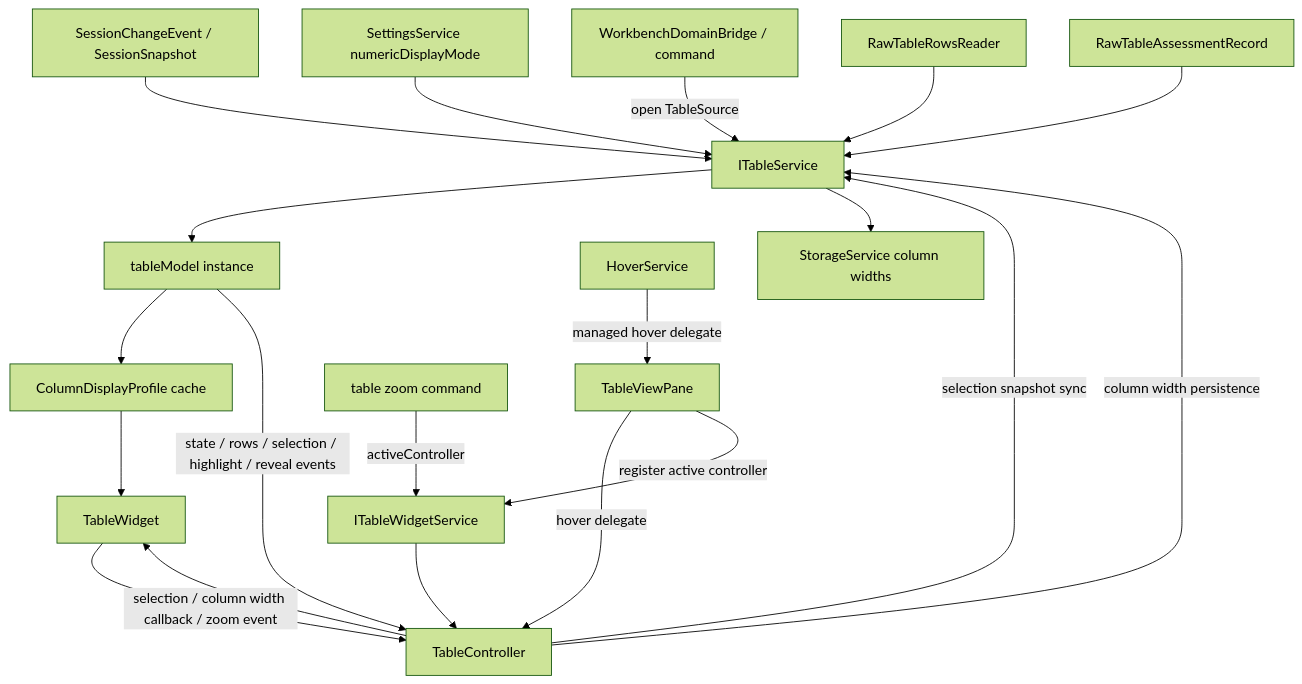
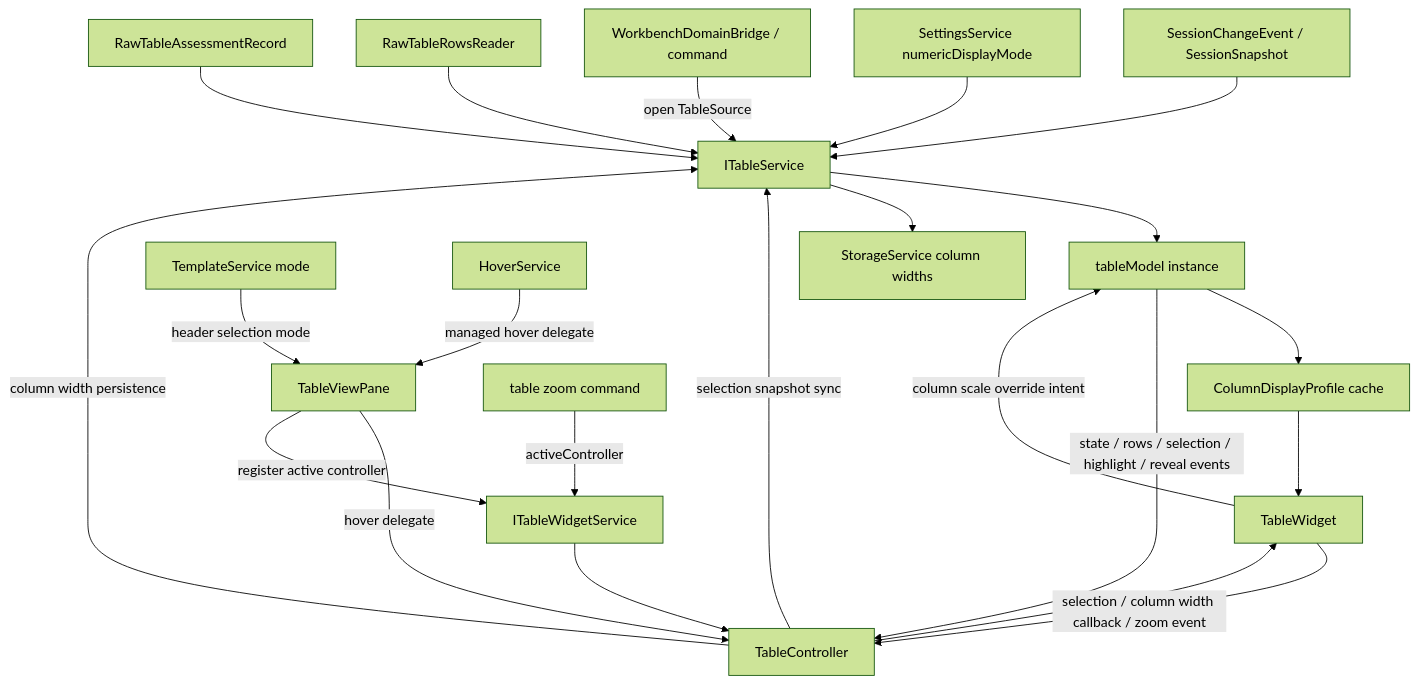
One commit to chogng/conductor changed the diagram in .github/instructions/table.instructions.md. Above: the diagram before and after it, drawn with Mermaid (forest theme). The commit also changed 11 other files, not shown here.

First line of the commit message:
feat: refine table numeric display and header selection

````diff
--- a/.github/instructions/table.instructions.md
+++ b/.github/instructions/table.instructions.md
@@ -66,22 +66,24 @@
 ```mermaid
 flowchart TD
     Session[SessionChangeEvent / SessionSnapshot] --> TableService[ITableService]
     Settings[SettingsService numericDisplayMode] --> TableService
     Bridge[WorkbenchDomainBridge / command] -->|open TableSource| TableService
     Rows[RawTableRowsReader] --> TableService
     Assessment[RawTableAssessmentRecord] --> TableService
     TableService --> TableModel[tableModel instance]
     TableModel --> DisplayProfile[ColumnDisplayProfile cache]
     TableModel -->|state / rows / selection / highlight / reveal events| TableController[TableController]
+    TemplateService[TemplateService mode] -->|header selection mode| TableViewPane
     TableController --> TableWidget[TableWidget]
     DisplayProfile --> TableWidget
     HoverService[HoverService] -->|managed hover delegate| TableViewPane
     TableViewPane -->|hover delegate| TableController
+    TableWidget -->|column scale override intent| TableModel
     TableWidget -->|selection / column width callback / zoom event| TableController
     TableViewPane[TableViewPane] -->|register active controller| TableWidgetService[ITableWidgetService]
     TableCommand[table zoom command] -->|activeController| TableWidgetService
     TableWidgetService --> TableController
     TableController -->|selection snapshot sync| TableService
     TableController -->|column width persistence| TableService
     TableService --> Storage[StorageService column widths]
 ```
````
